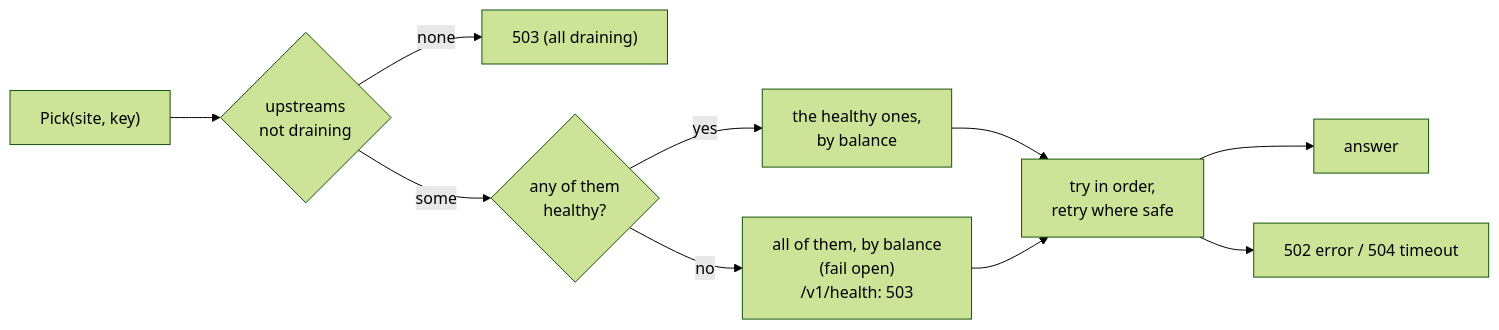
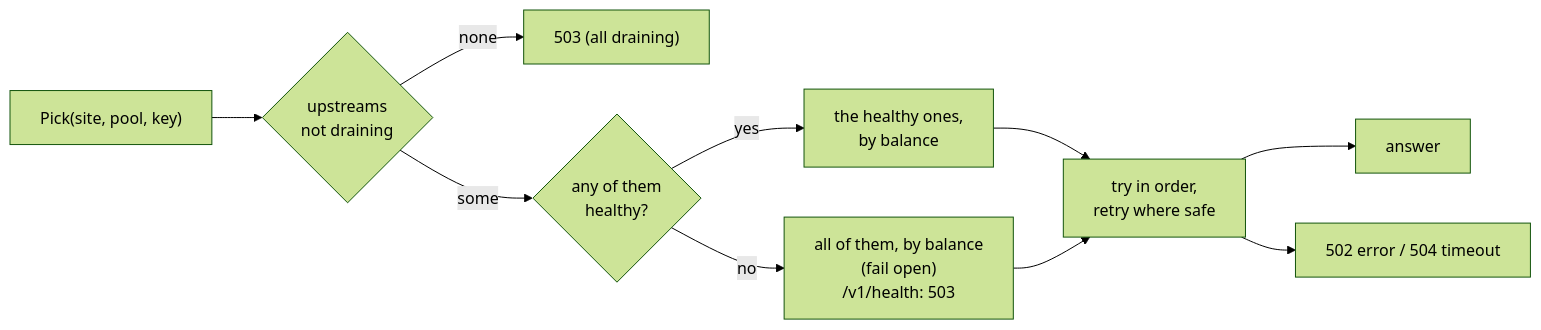
Before and after one commit to binwiederhier/ntlb: diagram 15 of 16 in docs/architecture.md, drawn with Mermaid (forest theme). The commit also changed other lines of this file and 3 other files, not shown here.

Commit message:
Add a code walkthrough, update the architecture docs for pools, proxy rules and 429

````diff
--- a/docs/architecture.md
+++ b/docs/architecture.md
@@ -468,12 +470,12 @@
 ```mermaid
 flowchart LR
-    pick["Pick(site, key)"] --> d{"upstreams<br>not draining"}
+    pick["Pick(site, pool, key)"] --> d{"upstreams<br>not draining"}
     d -- none --> s503["503 (all draining)"]
     d -- some --> h{"any of them<br>healthy?"}
     h -- yes --> hl["the healthy ones,<br>by balance"]
     h -- no --> all["all of them, by balance<br>(fail open)<br>/v1/health: 503"]
     hl --> try["try in order,<br>retry where safe"]
     all --> try
     try --> ok["answer"]
     try --> err["502 error / 504 timeout"]
 ```
````
